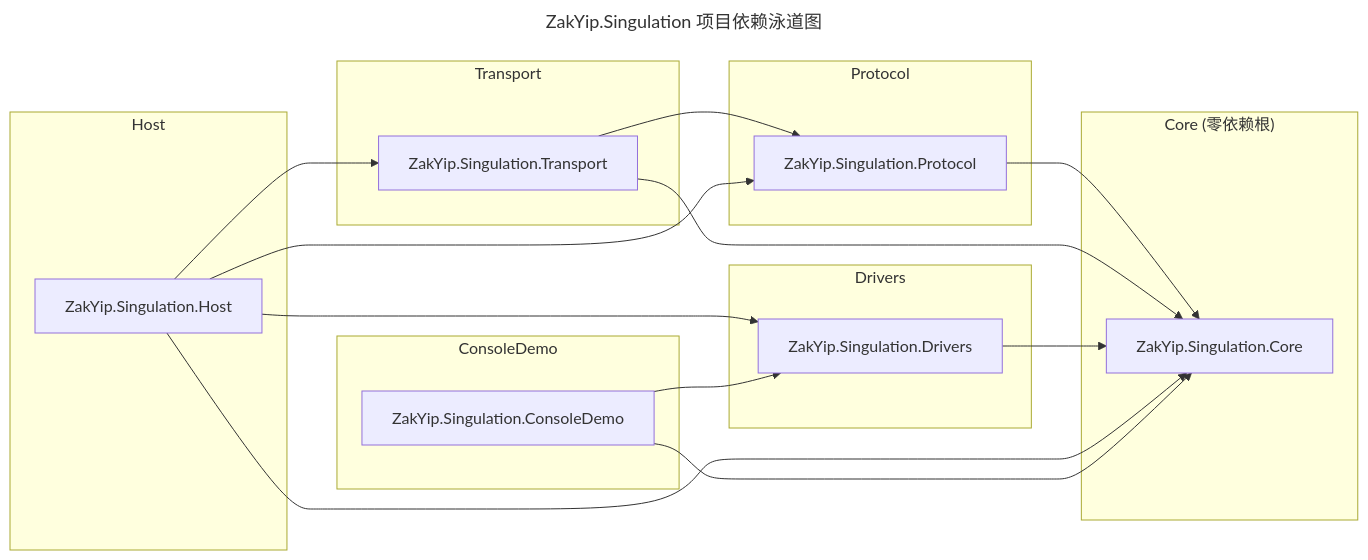
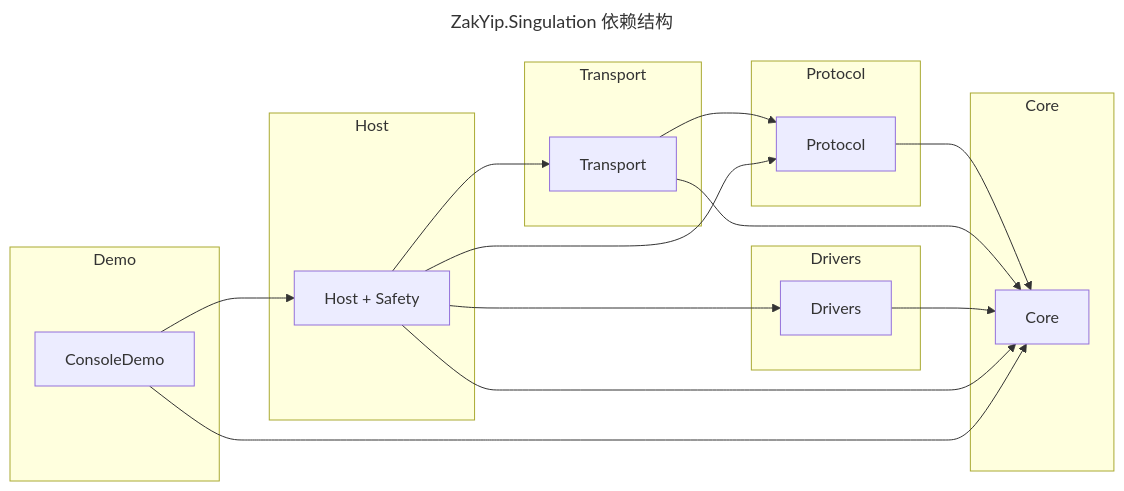
The diagram in README.md (Hisoka6602/ZakYip.Singulation), drawn with Mermaid before and after one commit. The commit also changed other lines of this file and 31 other files, not shown here.

````diff
--- a/README.md
+++ b/README.md
@@ -62,45 +112,34 @@
 ```mermaid
 ---
-title: ZakYip.Singulation 项目依赖泳道图
+title: ZakYip.Singulation 依赖结构
 ---
-
-%% Mermaid Swimlane
-%% 各层作为泳道，箭头表示依赖方向
 flowchart LR
-    subgraph Core["Core (零依赖根)"]
-        C1["ZakYip.Singulation.Core"]
+    subgraph Core
+        C[Core]
     end
-
-    subgraph Protocol["Protocol"]
-        P1["ZakYip.Singulation.Protocol"]
+    subgraph Protocol
+        P[Protocol]
     end
-
-    subgraph Transport["Transport"]
-        T1["ZakYip.Singulation.Transport"]
+    subgraph Transport
+        T[Transport]
     end
-
-    subgraph Drivers["Drivers"]
-        D1["ZakYip.Singulation.Drivers"]
+    subgraph Drivers
+        D[Drivers]
     end
-
-    subgraph Host["Host"]
-        H1["ZakYip.Singulation.Host"]
+    subgraph Host
+        H[Host + Safety]
     end
-
-    subgraph ConsoleDemo["ConsoleDemo"]
-        DEMO["ZakYip.Singulation.ConsoleDemo"]
+    subgraph Demo
+        R[ConsoleDemo]
     end
-
-    %% 依赖关系
-    P1 --> C1
-    T1 --> C1
-    T1 --> P1
-    D1 --> C1
-    H1 --> C1
-    H1 --> P1
-    H1 --> T1
-    H1 --> D1
-    DEMO --> C1
-    DEMO --> D1
-
+    P --> C
+    T --> C
+    T --> P
+    D --> C
+    H --> C
+    H --> P
+    H --> T
+    H --> D
+    R --> C
+    R --> H
 ```
````
